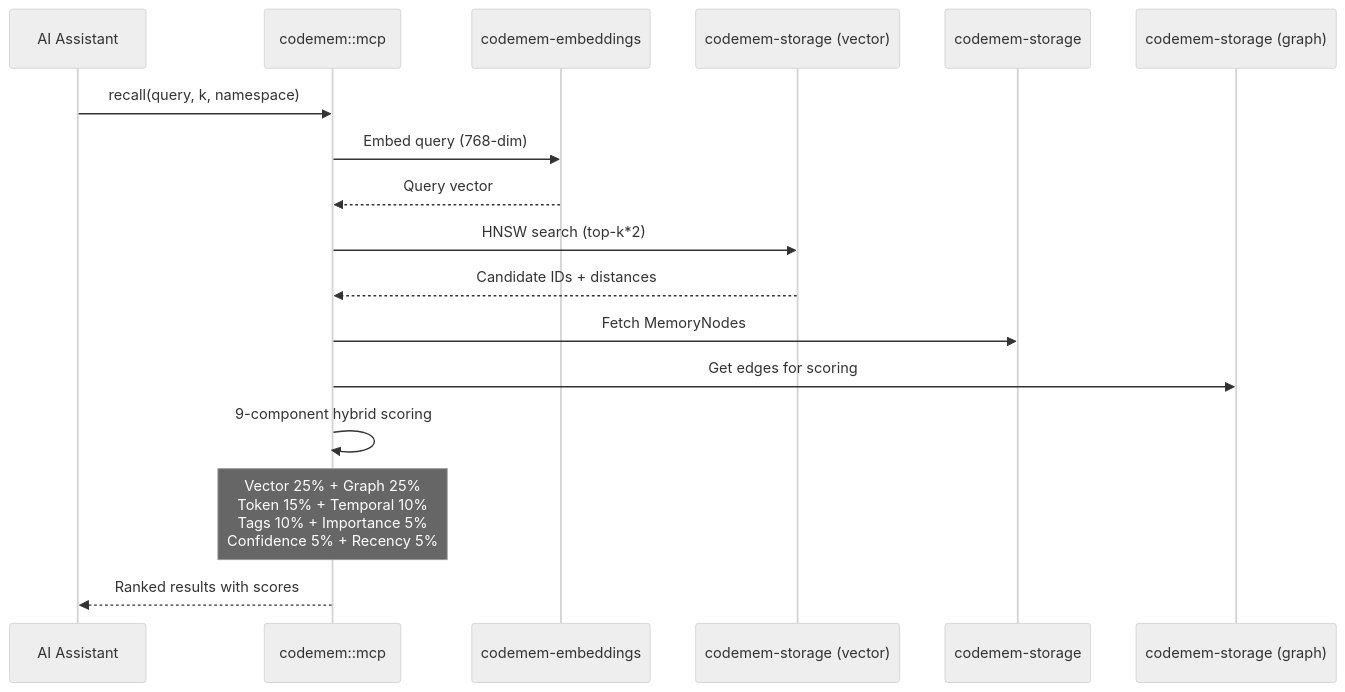
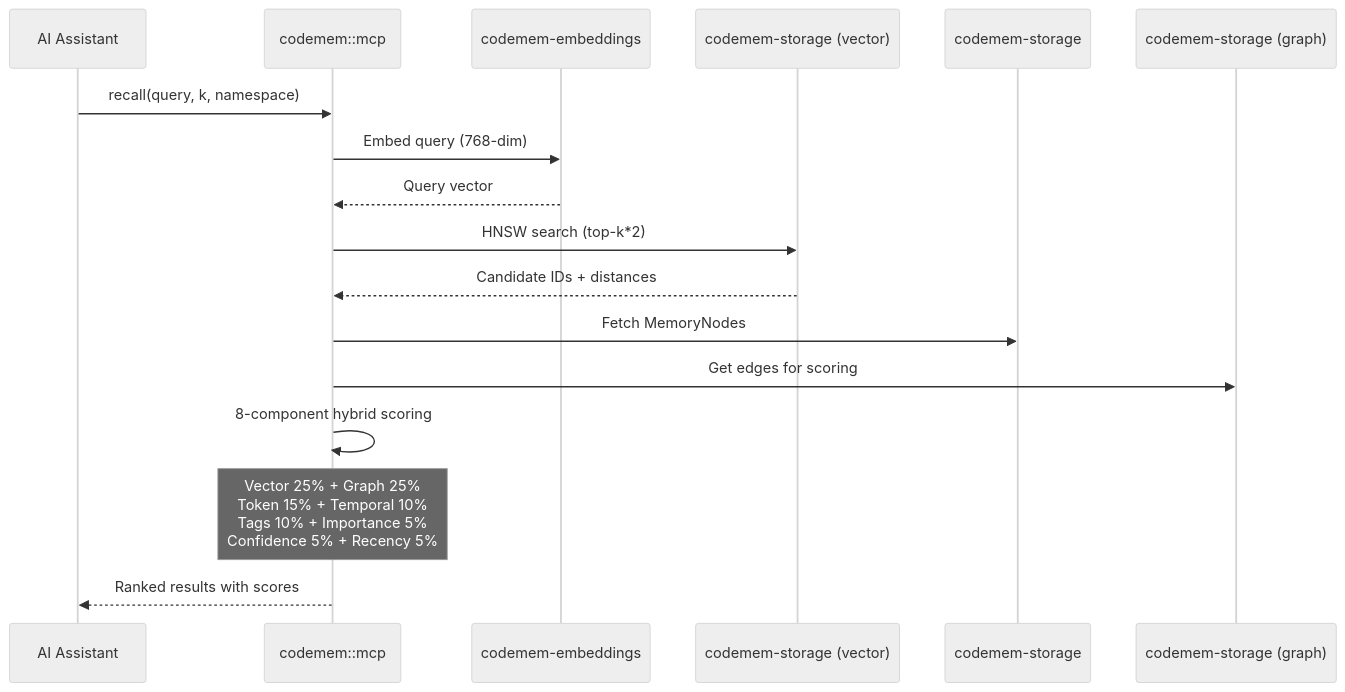
Before and after one commit to cogniplex/codemem: the sixth of 10 diagrams in docs/architecture.md, drawn with Mermaid (neutral theme). The commit also changed other lines of this file and 7 other files, not shown here.

````diff
--- a/docs/architecture.md
+++ b/docs/architecture.md
@@ -234,20 +234,20 @@
 ```mermaid
 sequenceDiagram
     participant AI as AI Assistant
     participant MCP as codemem::mcp
     participant Emb as codemem-embeddings
     participant Vec as codemem-storage (vector)
     participant Store as codemem-storage
     participant Graph as codemem-storage (graph)
 
     AI->>MCP: recall(query, k, namespace)
     MCP->>Emb: Embed query (768-dim)
     Emb-->>MCP: Query vector
     MCP->>Vec: HNSW search (top-k*2)
     Vec-->>MCP: Candidate IDs + distances
     MCP->>Store: Fetch MemoryNodes
     MCP->>Graph: Get edges for scoring
-    MCP->>MCP: 9-component hybrid scoring
+    MCP->>MCP: 8-component hybrid scoring
     Note over MCP: Vector 25% + Graph 25%<br/>Token 15% + Temporal 10%<br/>Tags 10% + Importance 5%<br/>Confidence 5% + Recency 5%
     MCP-->>AI: Ranked results with scores
 ```
````
